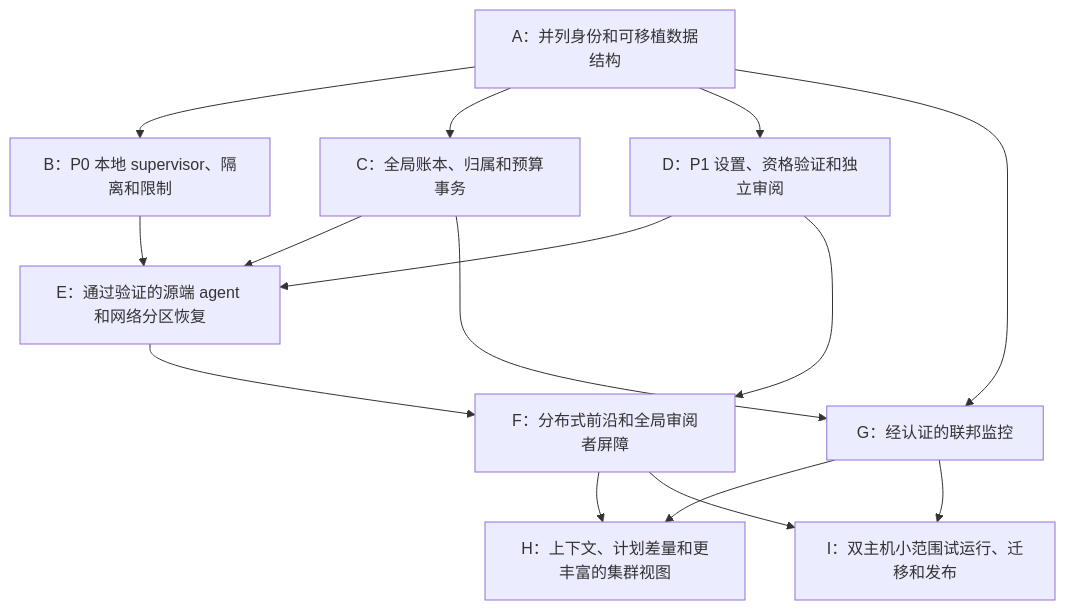
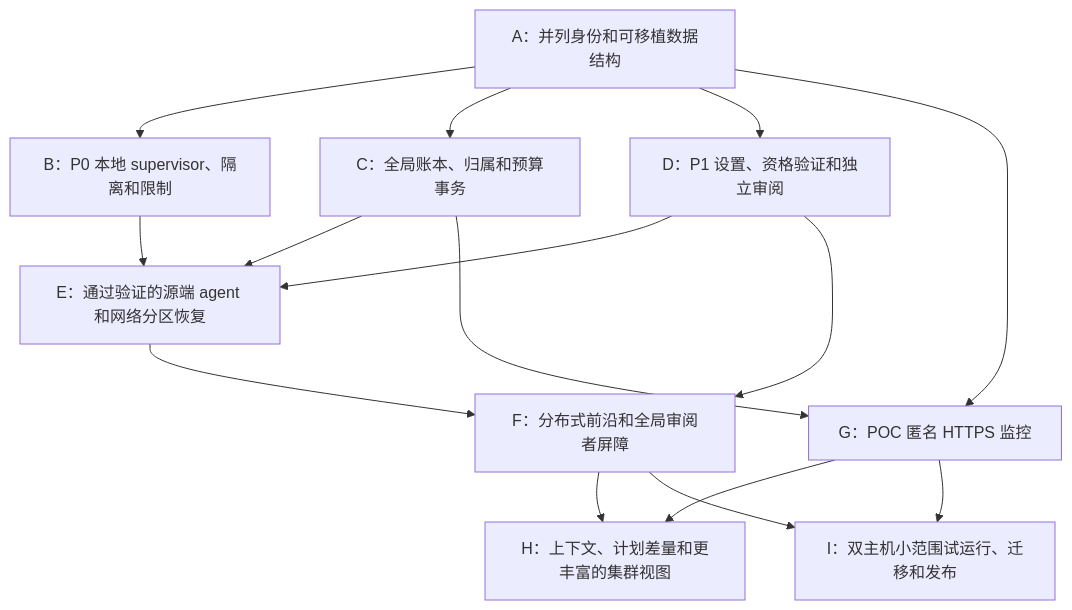
One commit to hotneutron/autoresearch changed the seventh of 7 diagrams in .plan/261028-1205-host-review-dashboard-over-https-zh.md. Above: the diagram before and after it, drawn with Mermaid. The commit also changed other lines of this file and 62 other files, not shown here.

````diff
--- a/.plan/261028-1205-host-review-dashboard-over-https-zh.md
+++ b/.plan/261028-1205-host-review-dashboard-over-https-zh.md
@@ -672,26 +706,26 @@
 ```mermaid
 flowchart TD
     A["A：并列身份和可移植数据结构"]
     B["B：P0 本地 supervisor、隔离和限制"]
     C["C：全局账本、归属和预算事务"]
     D["D：P1 设置、资格验证和独立审阅"]
     E["E：通过验证的源端 agent 和网络分区恢复"]
     F["F：分布式前沿和全局审阅者屏障"]
-    MON["G：经认证的联邦监控"]
+    MON["G：POC 匿名 HTTPS 监控"]
     P2["H：上下文、计划差量和更丰富的集群视图"]
     REL["I：双主机小范围试运行、迁移和发布"]
     A --> B
     A --> C
     A --> D
     B --> E
     C --> E
     D --> E
     E --> F
     D --> F
     A --> MON
     C --> MON
     F --> P2
     MON --> P2
     F --> REL
     MON --> REL
 ```
````
